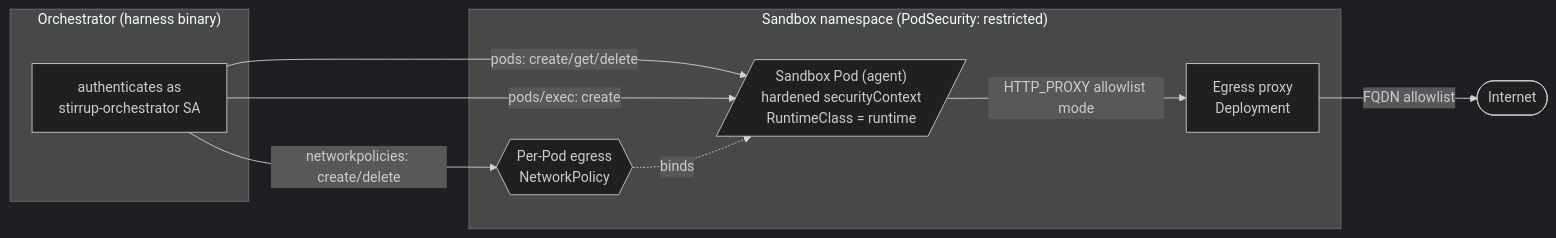
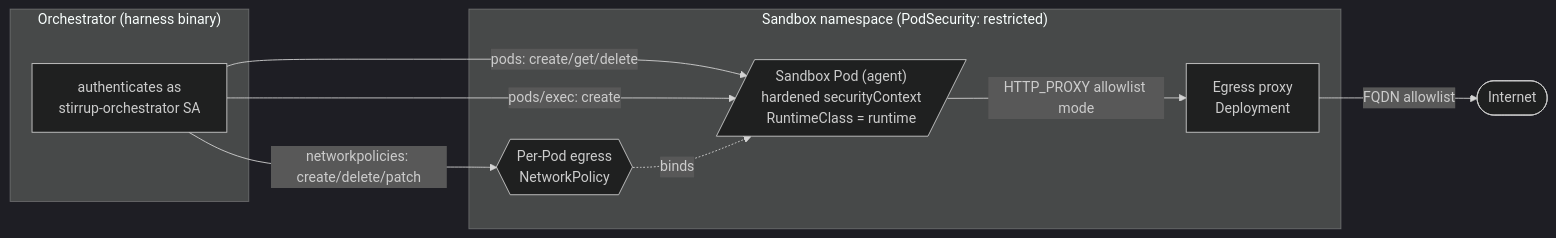
The diagram in docs/executors/k8s.md (rxbynerd/stirrup), drawn with Mermaid (dark theme) before and after one commit. The commit also changed other lines of this file, not shown here.

````diff
--- a/docs/executors/k8s.md
+++ b/docs/executors/k8s.md
@@ -107,17 +107,17 @@
 ```mermaid
 flowchart LR
   subgraph Orchestrator["Orchestrator (harness binary)"]
     SA[authenticates as<br/>stirrup-orchestrator SA]
   end
   subgraph NS["Sandbox namespace (PodSecurity: restricted)"]
     NP{{Per-Pod egress<br/>NetworkPolicy}}
     Pod[/"Sandbox Pod (agent)<br/>hardened securityContext<br/>RuntimeClass = runtime"/]
     Proxy[Egress proxy<br/>Deployment]
   end
   SA -->|pods: create/get/delete| Pod
   SA -->|pods/exec: create| Pod
-  SA -->|networkpolicies: create/delete| NP
+  SA -->|networkpolicies: create/delete/patch| NP
   NP -.->|binds| Pod
   Pod -->|HTTP_PROXY allowlist mode| Proxy
   Proxy -->|FQDN allowlist| Net([Internet])
 ```
````
